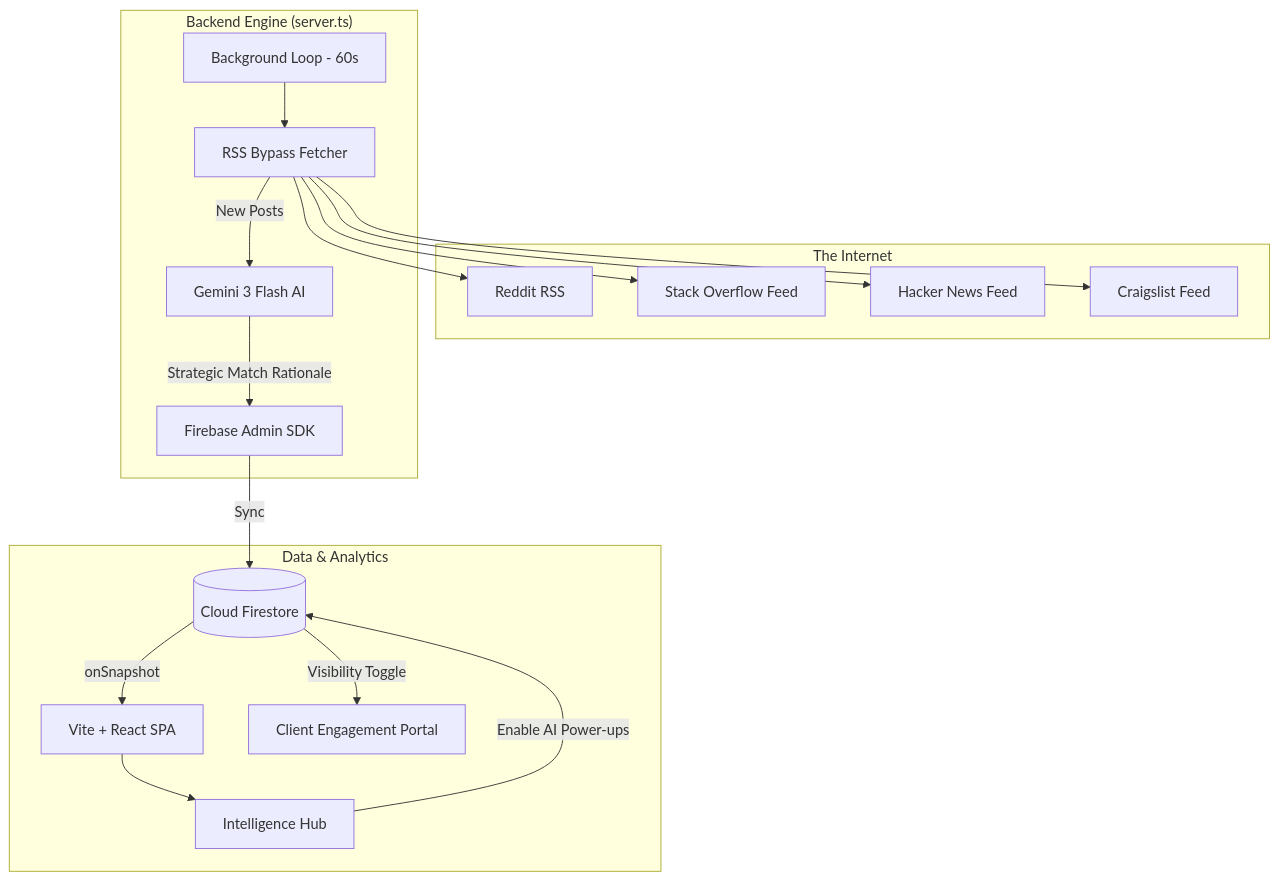
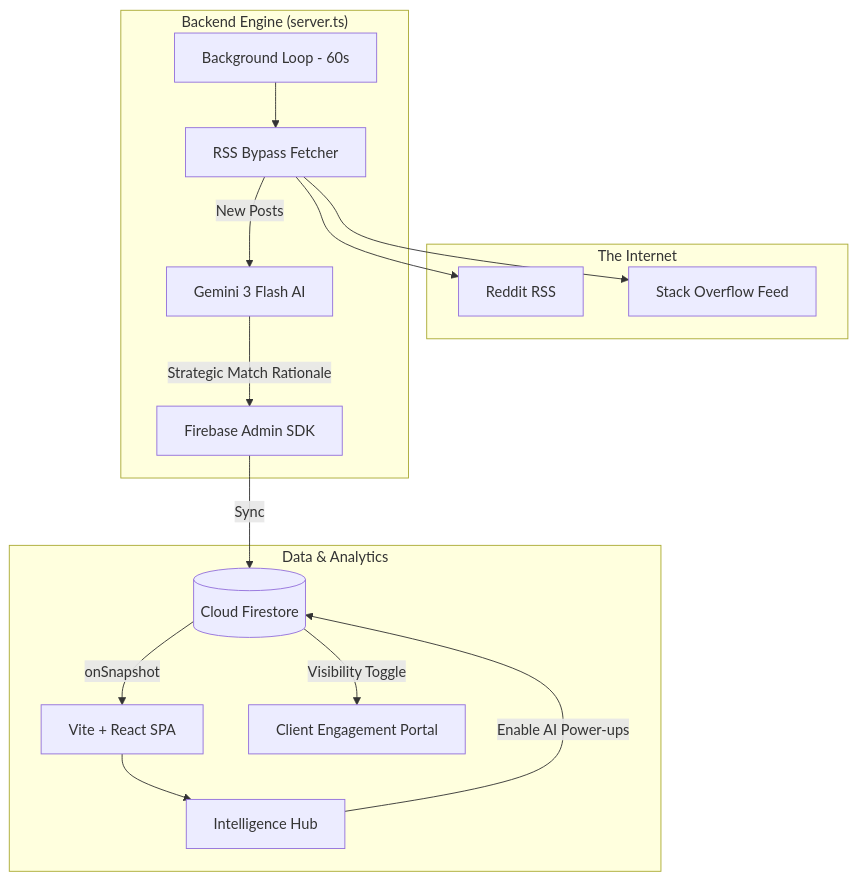
One commit to Mr-S-U-D-O/preemptly changed the diagram in README.md. Above: the diagram before and after it, drawn with Mermaid. The commit also changed other lines of this file and 6 other files, not shown here.

````diff
--- a/README.md
+++ b/README.md
@@ -9,33 +9,31 @@
 ```mermaid
 graph TD
     subgraph "The Internet"
         R[Reddit RSS]
         SO[Stack Overflow Feed]
-        HN[Hacker News Feed]
-        CL[Craigslist Feed]
     end
 
     subgraph "Backend Engine (server.ts)"
         CRON[Background Loop - 60s]
         FETCHER[RSS Bypass Fetcher]
         GENAI[Gemini 3 Flash AI]
         ADMIN[Firebase Admin SDK]
     end
 
     subgraph "Data & Analytics"
         FS[(Cloud Firestore)]
         VITE[Vite + React SPA]
         DASH[Intelligence Hub]
         PORTAL[Client Engagement Portal]
     end
 
     CRON --> FETCHER
-    FETCHER --> R & SO & HN & CL
+    FETCHER --> R & SO
     FETCHER -- "New Posts" --> GENAI
     GENAI -- "Strategic Match Rationale" --> ADMIN
     ADMIN -- "Sync" --> FS
     FS -- "onSnapshot" --> VITE
     VITE --> DASH
     DASH -- "Enable AI Power-ups" --> FS
     FS -- "Visibility Toggle" --> PORTAL
 ```
````
